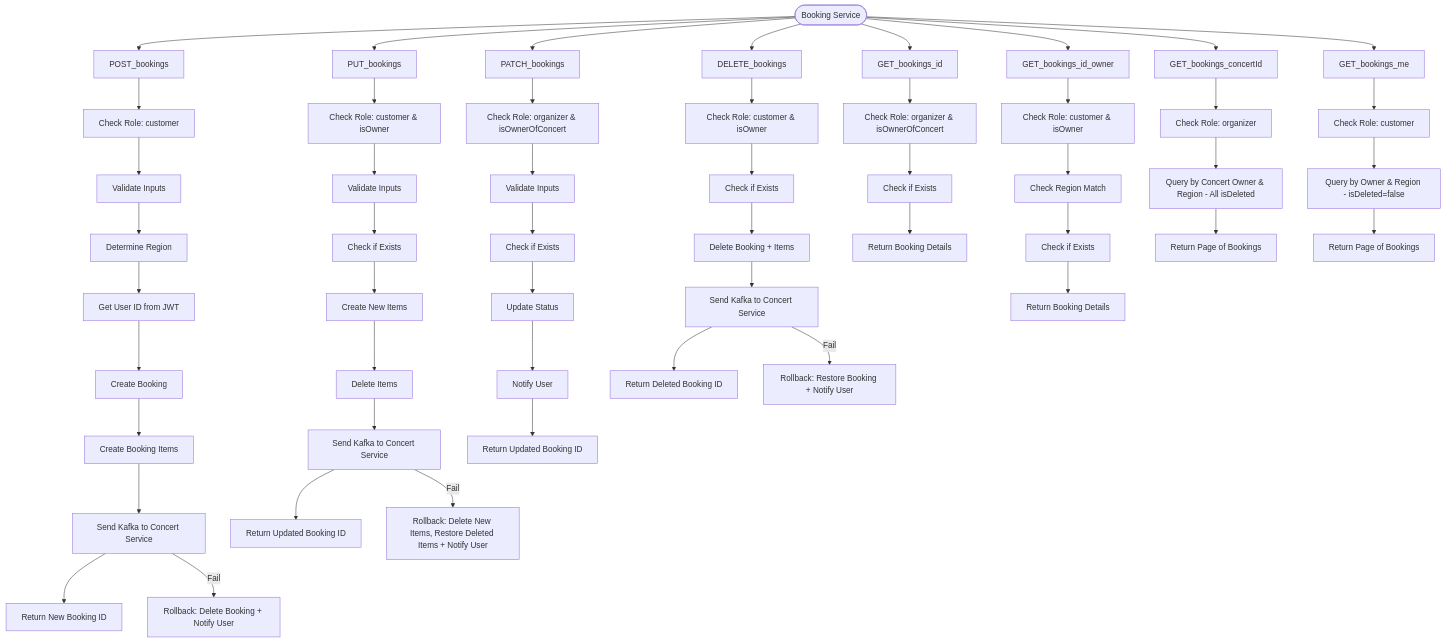
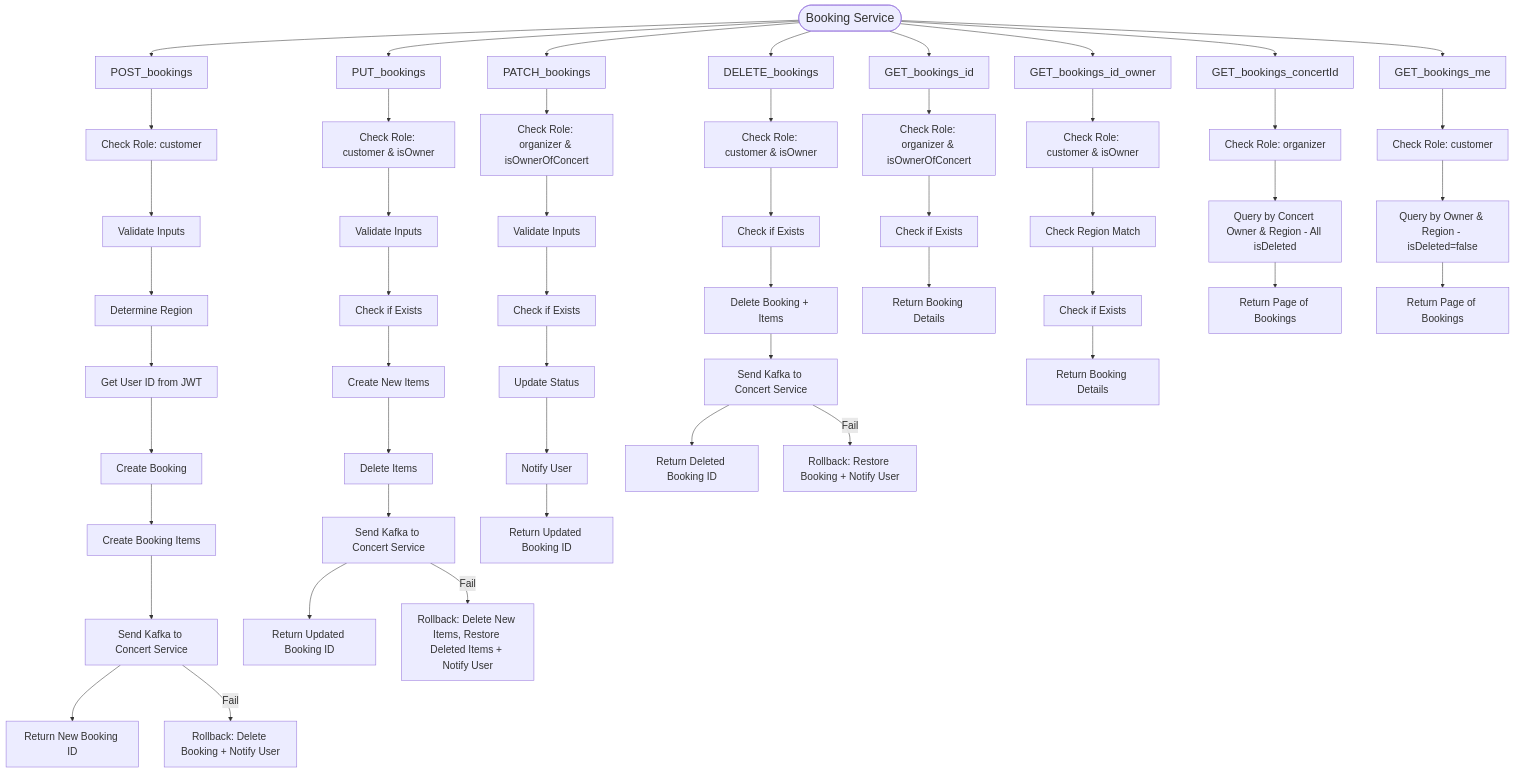
The third of 3 diagrams in README.md (LeDuyNhan1201/concertify), drawn with Mermaid before and after one commit. The commit also changed other lines of this file, not shown here.

First line of the commit message:
Enhance README with updated service flowcharts

````diff
--- a/README.md
+++ b/README.md
@@ -112,68 +183,120 @@
 ```mermaid
+%%{init: {"themeVariables": {"fontSize": "20px"}}}%%
 flowchart TD
   Start([Booking Service])
+  style Start font-size:24px
 
   %% 1. Create Booking
   Start --> CreateBooking[POST_bookings]
+  style CreateBooking font-size:22px
   CreateBooking --> CB_Role[Check Role: customer]
+  style CB_Role font-size:20px
   CB_Role --> CB_Validate[Validate Inputs]
+  style CB_Validate font-size:20px
   CB_Validate --> CB_Region[Determine Region]
+  style CB_Region font-size:20px
   CB_Region --> CB_User[Get User ID from JWT]
+  style CB_User font-size:20px
   CB_User --> CB_Create[Create Booking]
+  style CB_Create font-size:20px
   CB_Create --> CB_Items[Create Booking Items]
+  style CB_Items font-size:20px
   CB_Items --> CB_Kafka[Send Kafka to Concert Service]
+  style CB_Kafka font-size:20px
   CB_Kafka --> CB_Success[Return New Booking ID]
+  style CB_Success font-size:20px
   CB_Kafka -->|Fail| CB_Rollback[Rollback: Delete Booking + Notify User]
+  style CB_Rollback font-size:20px
 
   %% 2. Update Booking
   Start --> UpdateBooking[PUT_bookings]
+  style UpdateBooking font-size:22px
   UpdateBooking --> UB_Role[Check Role: customer & isOwner]
+  style UB_Role font-size:20px
   UB_Role --> UB_Validate[Validate Inputs]
+  style UB_Validate font-size:20px
   UB_Validate --> UB_CheckExist[Check if Exists]
+  style UB_CheckExist font-size:20px
   UB_CheckExist --> UB_NewItems[Create New Items]
+  style UB_NewItems font-size:20px
   UB_NewItems --> UB_DelItems[Delete Items]
+  style UB_DelItems font-size:20px
   UB_DelItems --> UB_Kafka[Send Kafka to Concert Service]
+  style UB_Kafka font-size:20px
   UB_Kafka --> UB_Success[Return Updated Booking ID]
+  style UB_Success font-size:20px
   UB_Kafka -->|Fail| UB_Rollback[Rollback: Delete New Items, Restore Deleted Items + Notify User]
+  style UB_Rollback font-size:20px
 
   %% 3. Update Booking Status
   Start --> UpdateStatus[PATCH_bookings]
+  style UpdateStatus font-size:22px
   UpdateStatus --> US_Role[Check Role: organizer & isOwnerOfConcert]
+  style US_Role font-size:20px
   US_Role --> US_Validate[Validate Inputs]
+  style US_Validate font-size:20px
   US_Validate --> US_CheckExist[Check if Exists]
+  style US_CheckExist font-size:20px
   US_CheckExist --> US_Update[Update Status]
+  style US_Update font-size:20px
   US_Update --> US_Notify[Notify User]
+  style US_Notify font-size:20px
   US_Notify --> US_Success[Return Updated Booking ID]
+  style US_Success font-size:20px
 
   %% 4. Delete Booking
   Start --> DeleteBooking[DELETE_bookings]
+  style DeleteBooking font-size:22px
   DeleteBooking --> DB_Role[Check Role: customer & isOwner]
+  style DB_Role font-size:20px
   DB_Role --> DB_CheckExist[Check if Exists]
+  style DB_CheckExist font-size:20px
   DB_CheckExist --> DB_Delete[Delete Booking + Items]
+  style DB_Delete font-size:20px
   DB_Delete --> DB_Kafka[Send Kafka to Concert Service]
+  style DB_Kafka font-size:20px
   DB_Kafka --> DB_Success[Return Deleted Booking ID]
+  style DB_Success font-size:20px
   DB_Kafka -->|Fail| DB_Rollback[Rollback: Restore Booking + Notify User]
+  style DB_Rollback font-size:20px
 
   %% 5. Booking Details
   Start --> DetailsOrganizer[GET_bookings_id]
+  style DetailsOrganizer font-size:22px
   DetailsOrganizer --> DO_Role[Check Role: organizer & isOwnerOfConcert]
+  style DO_Role font-size:20px
   DO_Role --> DO_CheckExist[Check if Exists]
+  style DO_CheckExist font-size:20px
   DO_CheckExist --> DO_Return[Return Booking Details]
+  style DO_Return font-size:20px
 
   Start --> DetailsCustomer[GET_bookings_id_owner]
+  style DetailsCustomer font-size:22px
   DetailsCustomer --> DC_Role[Check Role: customer & isOwner]
+  style DC_Role font-size:20px
   DC_Role --> DC_Region[Check Region Match]
+  style DC_Region font-size:20px
   DC_Region --> DC_CheckExist[Check if Exists]
+  style DC_CheckExist font-size:20px
   DC_CheckExist --> DC_Return[Return Booking Details]
+  style DC_Return font-size:20px
 
   %% 6. Search Bookings
   Start --> SearchOrganizer[GET_bookings_concertId]
+  style SearchOrganizer font-size:22px
   SearchOrganizer --> SO_Role[Check Role: organizer]
+  style SO_Role font-size:20px
   SO_Role --> SO_Query[Query by Concert Owner & Region - All isDeleted]
+  style SO_Query font-size:20px
   SO_Query --> SO_Return[Return Page of Bookings]
+  style SO_Return font-size:20px
 
   Start --> SearchCustomer[GET_bookings_me]
+  style SearchCustomer font-size:22px
   SearchCustomer --> SC_Role[Check Role: customer]
+  style SC_Role font-size:20px
   SC_Role --> SC_Query[Query by Owner & Region - isDeleted=false]
+  style SC_Query font-size:20px
   SC_Query --> SC_Return[Return Page of Bookings]
+  style SC_Return font-size:20px
 ```
````
